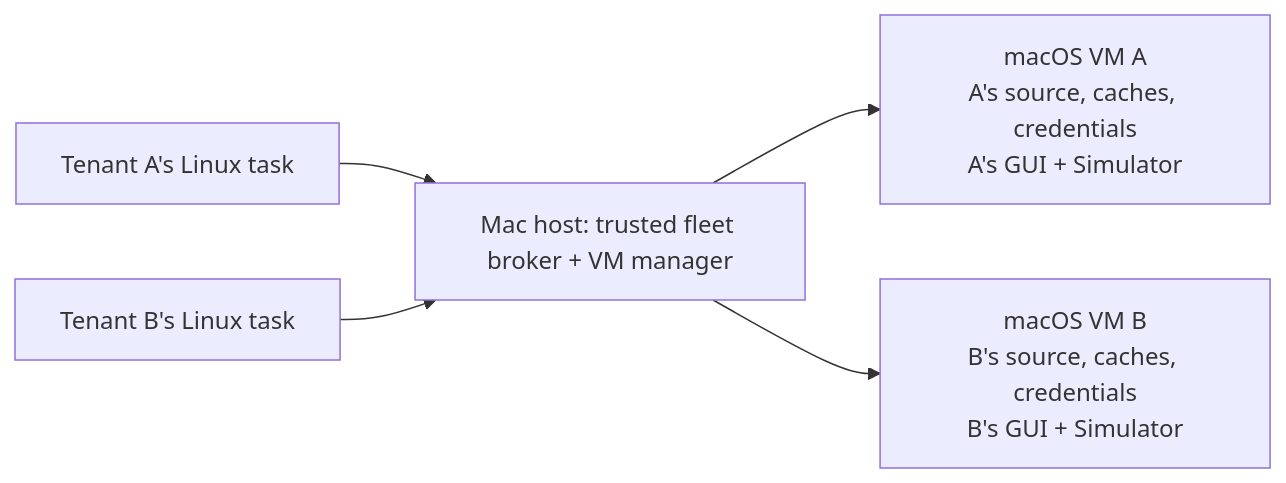
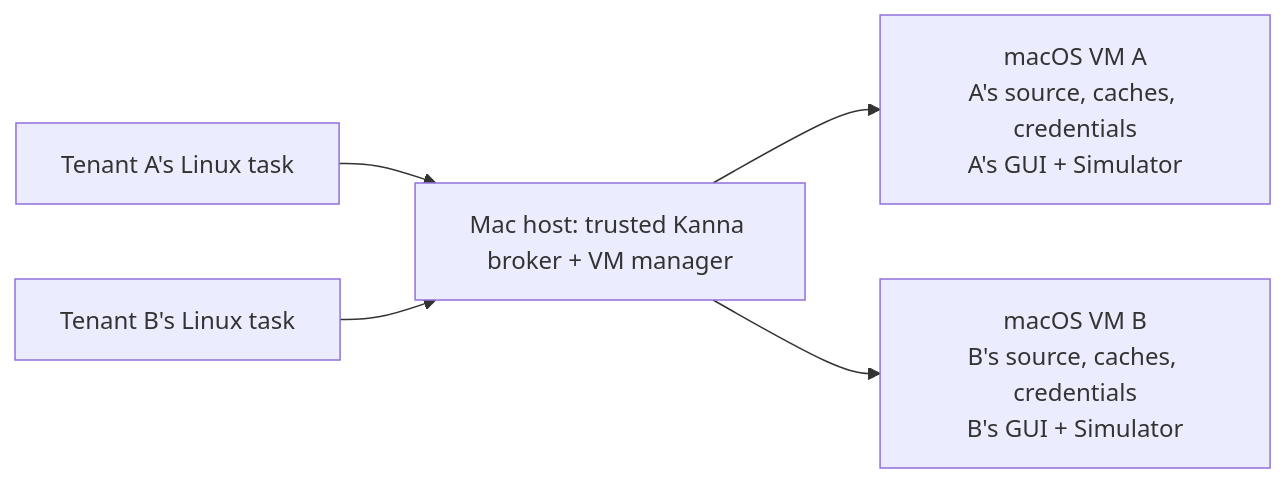
One commit to tampopogk/kanna changed the diagram in docs/specs/build-mac-isolation.md. Above: the diagram before and after it, drawn with Mermaid. The commit also changed other lines of this file and 32 other files, not shown here.

````diff
--- a/docs/specs/build-mac-isolation.md
+++ b/docs/specs/build-mac-isolation.md
@@ -17,7 +17,7 @@
 ```mermaid
 flowchart LR
-    A["Tenant A's Linux task"] --> H["Mac host: trusted fleet broker + VM manager"]
+    A["Tenant A's Linux task"] --> H["Mac host: trusted Kanna broker + VM manager"]
     B["Tenant B's Linux task"] --> H
     H --> VA["macOS VM A<br/>A's source, caches, credentials<br/>A's GUI + Simulator"]
     H --> VB["macOS VM B<br/>B's source, caches, credentials<br/>B's GUI + Simulator"]
 ```
````
